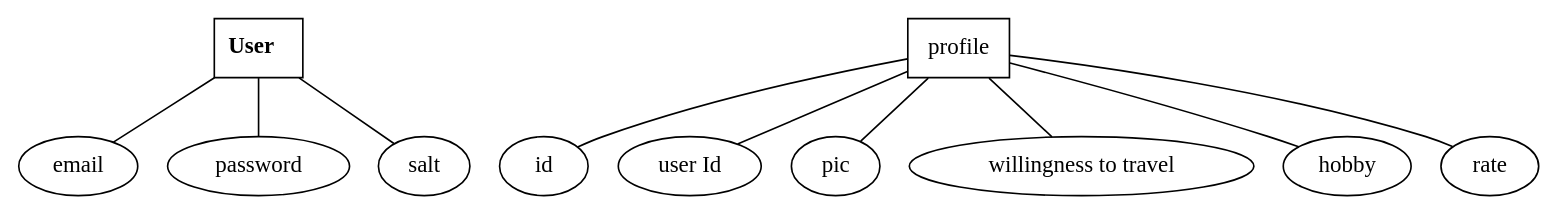
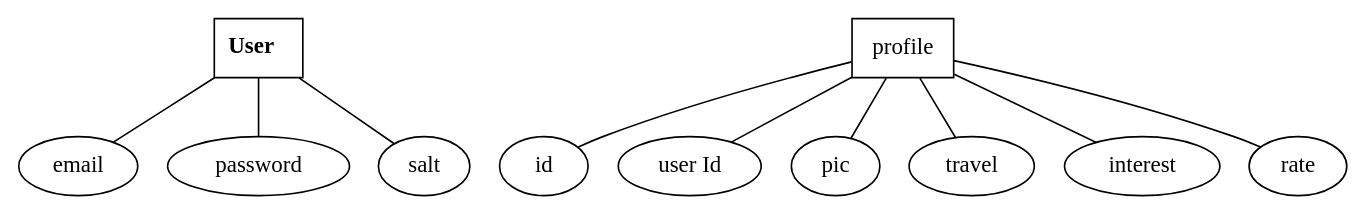
Before and after one commit to ericdebelak/tutorconnect: the diagram in etc/ERD/erdReg.gv, drawn with Graphviz. The commit also changed 1 other file, not shown here.

Commit message:
made change to erd and still working on profile

```diff
--- a/etc/ERD/erdReg.gv
+++ b/etc/ERD/erdReg.gv
@@ -1,21 +1,21 @@
  graph G
  {
 /* user */
 	user[shape=box,label=<<B>User</B>>];
 	
 		/* user entity */
 		user -- "email";
 		user -- "password";
 		user -- "salt";
  
 /* profile */
 	profile[shape=box,lable=<<B>Profile</B>>];
 		
 		/* profile entitiy */
 		profile -- "id";
 		profile -- "user Id";
 		profile -- "pic";
-		profile -- "willingness to travel";
-		profile -- "hobby";
+		profile -- "travel";
+		profile -- "interest";
 		profile -- "rate";
 }
```
